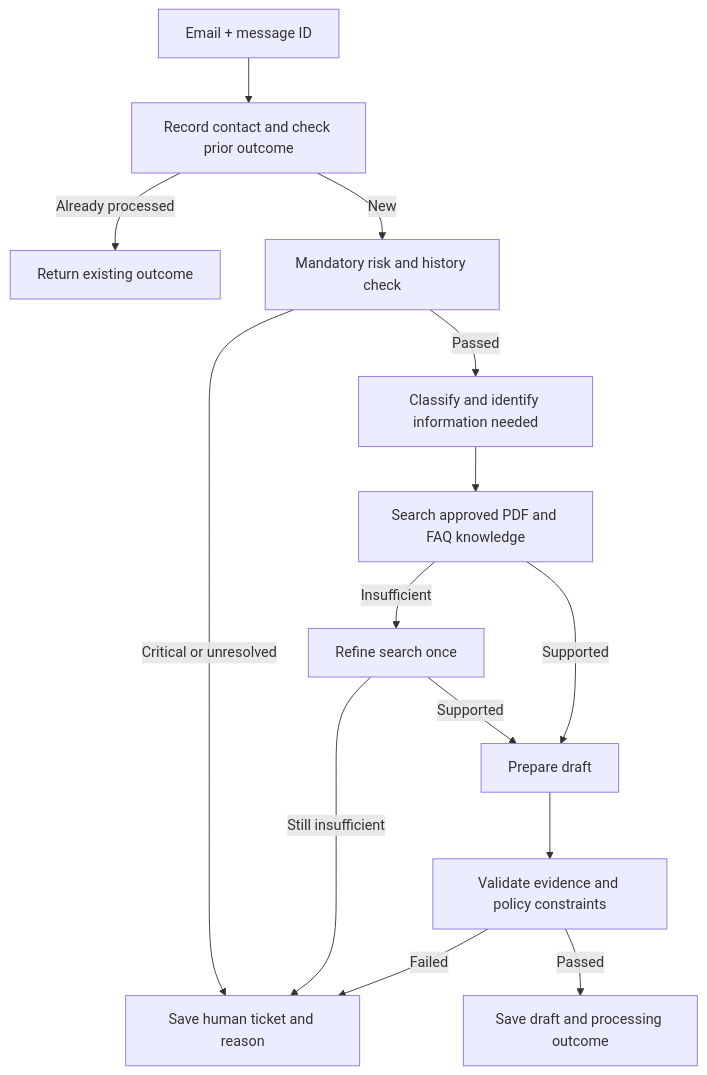
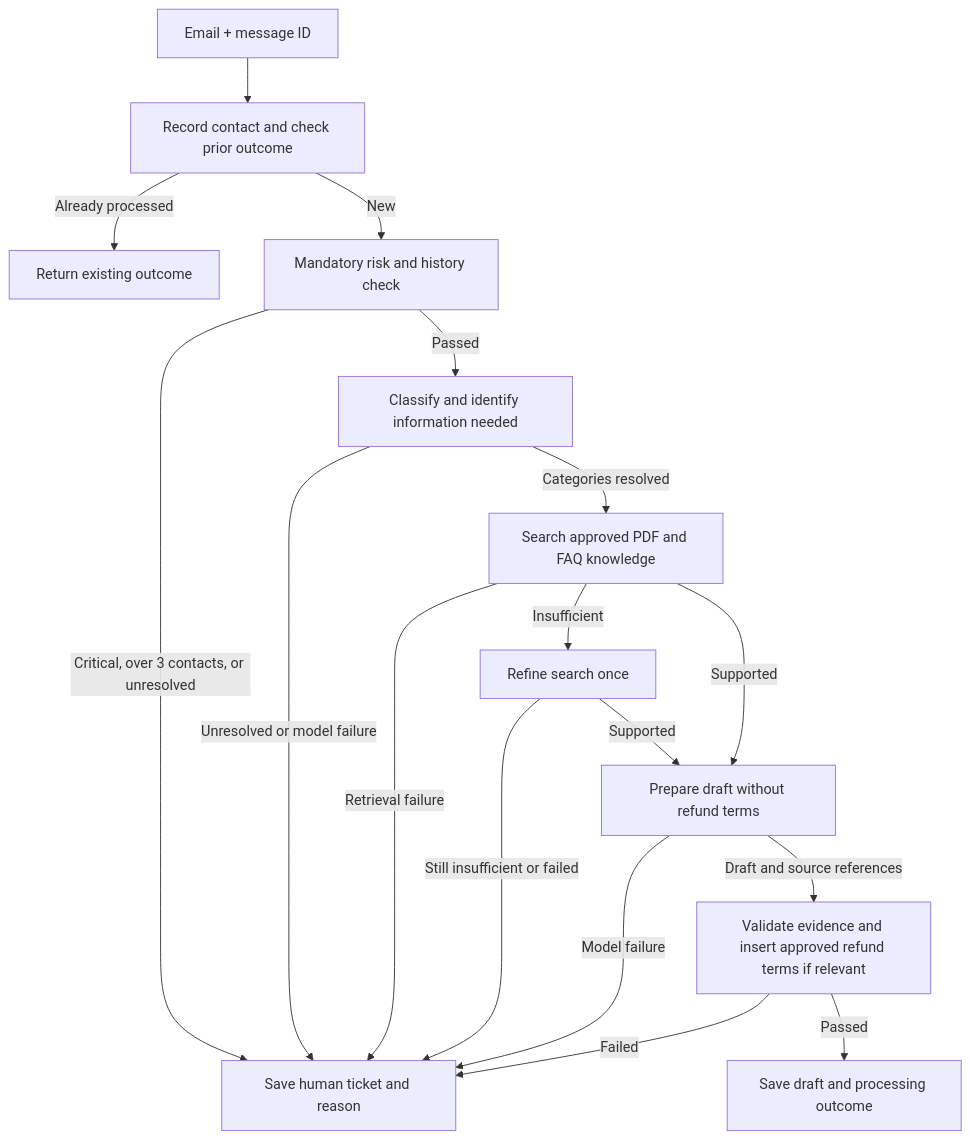
Before and after one commit to jtanch05/agentic-architect-challenge: the diagram in part1/design.md, drawn with Mermaid. The commit also changed other lines of this file and 11 other files, not shown here.

Commit message:
Clarify architecture and improve agent diagnostics and reliability

````diff
--- a/part1/design.md
+++ b/part1/design.md
@@ -30,16 +32,19 @@
 ```mermaid
 flowchart TD
     A[Email + message ID] --> B[Record contact and check prior outcome]
     B -->|Already processed| Z[Return existing outcome]
     B -->|New| C[Mandatory risk and history check]
-    C -->|Critical or unresolved| H[Save human ticket and reason]
+    C -->|Critical, over 3 contacts, or unresolved| H[Save human ticket and reason]
     C -->|Passed| D[Classify and identify information needed]
-    D --> E[Search approved PDF and FAQ knowledge]
+    D -->|Categories resolved| E[Search approved PDF and FAQ knowledge]
+    D -->|Unresolved or model failure| H
+    E -->|Retrieval failure| H
     E -->|Insufficient| R[Refine search once]
-    R -->|Still insufficient| H
-    R -->|Supported| F[Prepare draft]
+    R -->|Still insufficient or failed| H
+    R -->|Supported| F[Prepare draft without refund terms]
     E -->|Supported| F
-    F --> G[Validate evidence and policy constraints]
+    F -->|Draft and source references| G[Validate evidence and insert approved refund terms if relevant]
+    F -->|Model failure| H
     G -->|Failed| H
     G -->|Passed| I[Save draft and processing outcome]
 ```
````
